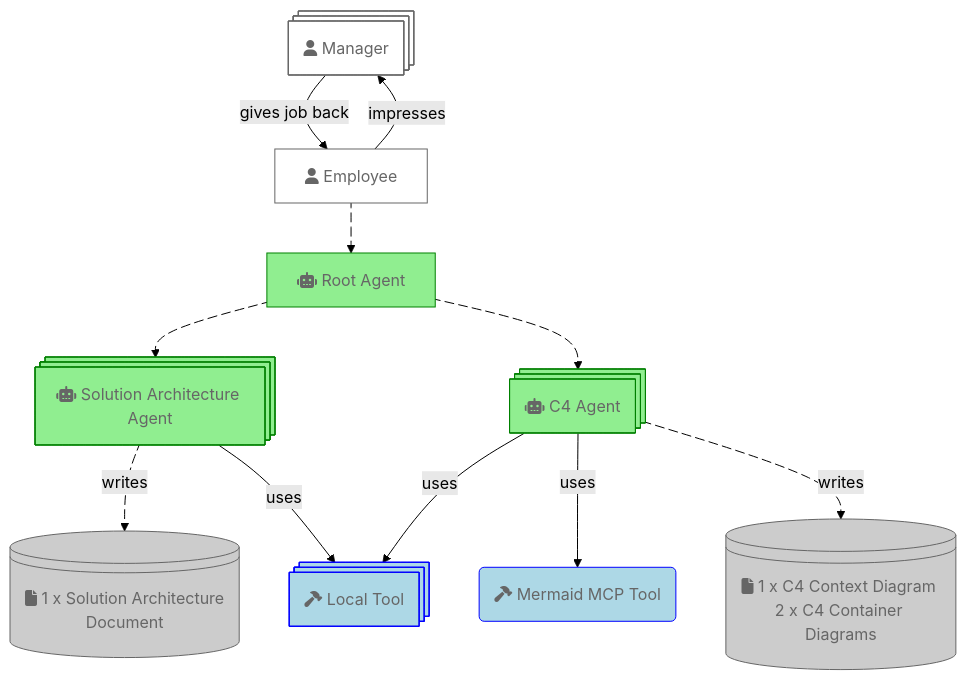
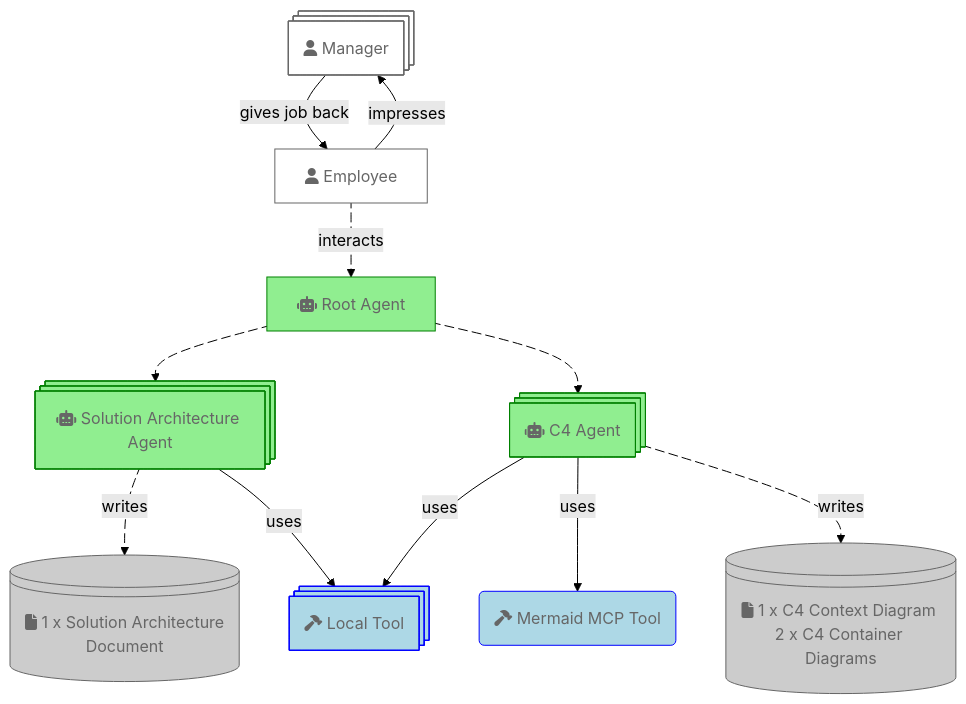
One commit to choonchernlim/keep-my-job-app changed the diagram in README.md. Above: the diagram before and after it, drawn with Mermaid (forest theme).

Commit message:
Update architecture diagram in README.md to enhance clarity and detail

````diff
--- a/README.md
+++ b/README.md
@@ -20,34 +20,34 @@
 ```mermaid
 flowchart TD
     B:::userClass@{ shape: processes, label: "fa:fa-user Manager" }
     U["fa:fa-user Employee"]:::userClass
     AR["fa:fa-robot Root Agent"]:::agentClass
     AS:::agentClass@{ shape: processes, label: "fa:fa-robot Solution Architecture Agent" }
     AC:::agentClass@{ shape: processes, label: "fa:fa-robot C4 Agent" }
     DM:::artifactClass@{ shape: lin-cyl, label: "fa:fa-file 1 x Solution Architecture\nDocument" }
     DD:::artifactClass@{ shape: lin-cyl, label: "fa:fa-file 1 x C4 Context Diagram \n 2 x C4 Container Diagrams" }
     TL:::toolClass@{ shape: processes, label: "fa:fa-hammer Local Tool" }
     TM("fa:fa-hammer Mermaid MCP Tool"):::toolClass
 
     U--impresses-->B
     B--gives job back-->U
-    U e0@-->AR
+    U e0@--interacts-->AR
     AR e1@--> AS
     AR e2@--> AC
     AS e3@--writes--> DM
     AS --uses--> TL
     AC --uses--> TL
     AC --uses--> TM
     AC e4@--writes--> DD
 
     e0@{ animate: true }
     e1@{ animate: true }
     e2@{ animate: true }
     e3@{ animate: true }
     e4@{ animate: true }
 
     classDef userClass fill:#FFFFFF,stroke:#666666,color:#666666
     classDef toolClass fill:lightblue,stroke:blue,color:#666666
     classDef agentClass fill:lightgreen,stroke:green,color:#666666
     classDef artifactClass fill:#CCCCCC,stroke:#666666,color:#666666
 ```
````
